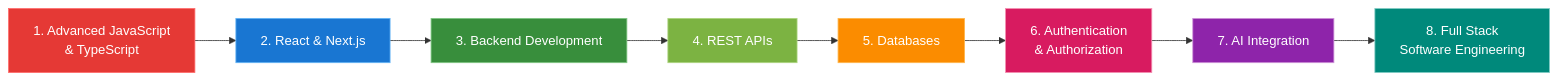
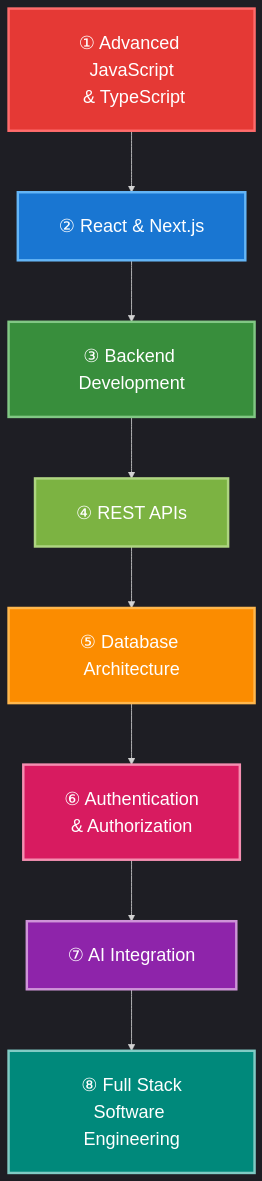
The diagram in README.md (surjocode/surjocode), drawn with Mermaid before and after one commit. The commit also changed other lines of this file, not shown here.

````diff
--- a/README.md
+++ b/README.md
@@ -128,19 +129,20 @@
 ```mermaid
-flowchart LR
-    A["1. Advanced JavaScript<br/> & TypeScript"] --> B["2. React & Next.js"]
-    B --> C["3. Backend Development"]
-    C --> D["4. REST APIs"]
-    D --> E["5. Databases"]
-    E --> F["6. Authentication<br/> & Authorization"]
-    F --> G["7. AI Integration"]
-    G --> H["8. Full Stack<br/>Software Engineering"]
+%%{init: {'theme':'dark','themeVariables': {'fontSize':'22px'}, 'flowchart': {'nodeSpacing': 55, 'rankSpacing': 75, 'padding': 25, 'htmlLabels': true}}}%%
+flowchart TB
+    A["① Advanced JavaScript<br/> & TypeScript"] --> B["② React & Next.js"]
+    B --> C["③ Backend Development"]
+    C --> D["④ REST APIs"]
+    D --> E["⑤ Database Architecture"]
+    E --> F["⑥ Authentication<br/> & Authorization"]
+    F --> G["⑦ AI Integration"]
+    G --> H["⑧ Full Stack<br/>Software Engineering"]
 
-    style A fill:#e53935,stroke:#ff6b6b,color:#ffffff
-    style B fill:#1976d2,stroke:#64b5f6,color:#ffffff
-    style C fill:#388e3c,stroke:#81c784,color:#ffffff
-    style D fill:#7cb342,stroke:#aed581,color:#ffffff
-    style E fill:#fb8c00,stroke:#ffb74d,color:#ffffff
-    style F fill:#d81b60,stroke:#f48fb1,color:#ffffff
-    style G fill:#8e24aa,stroke:#ce93d8,color:#ffffff
-    style H fill:#00897b,stroke:#80cbc4,color:#ffffff
+    style A fill:#e53935,stroke:#ff6b6b,color:#ffffff,stroke-width:3px
+    style B fill:#1976d2,stroke:#64b5f6,color:#ffffff,stroke-width:3px
+    style C fill:#388e3c,stroke:#81c784,color:#ffffff,stroke-width:3px
+    style D fill:#7cb342,stroke:#aed581,color:#ffffff,stroke-width:3px
+    style E fill:#fb8c00,stroke:#ffb74d,color:#ffffff,stroke-width:3px
+    style F fill:#d81b60,stroke:#f48fb1,color:#ffffff,stroke-width:3px
+    style G fill:#8e24aa,stroke:#ce93d8,color:#ffffff,stroke-width:3px
+    style H fill:#00897b,stroke:#80cbc4,color:#ffffff,stroke-width:3px
 ```
````
